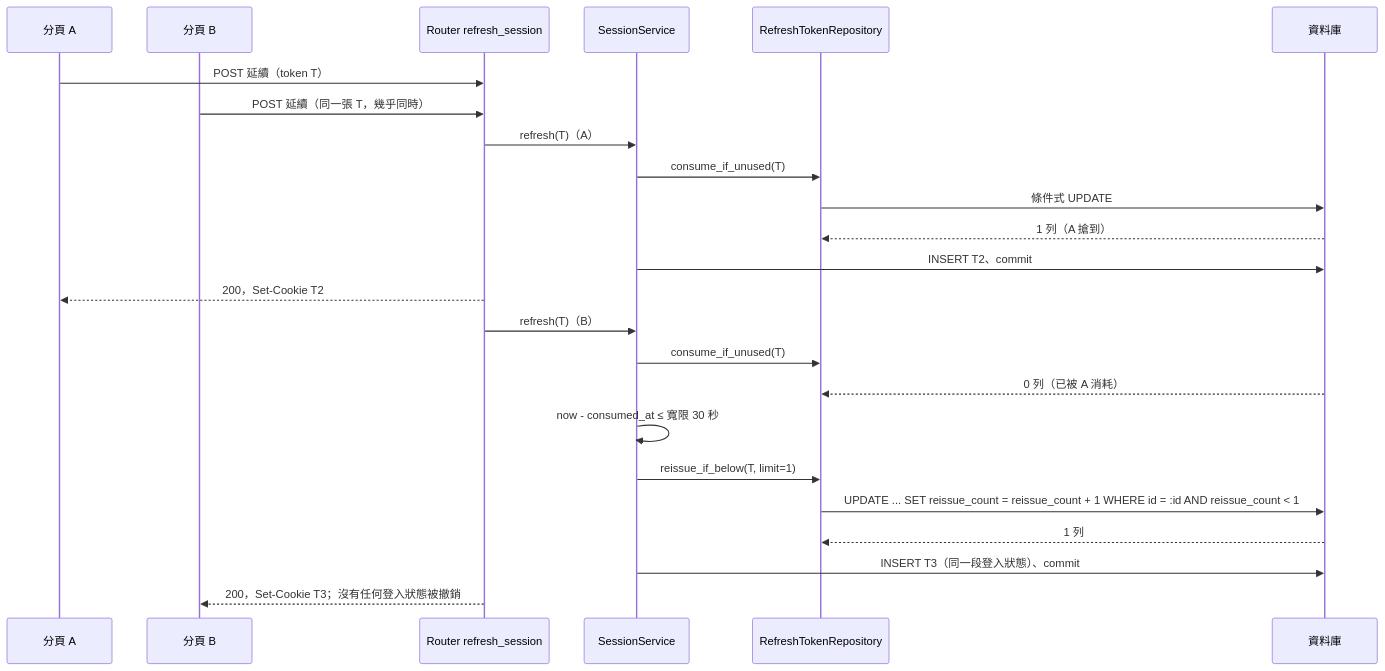
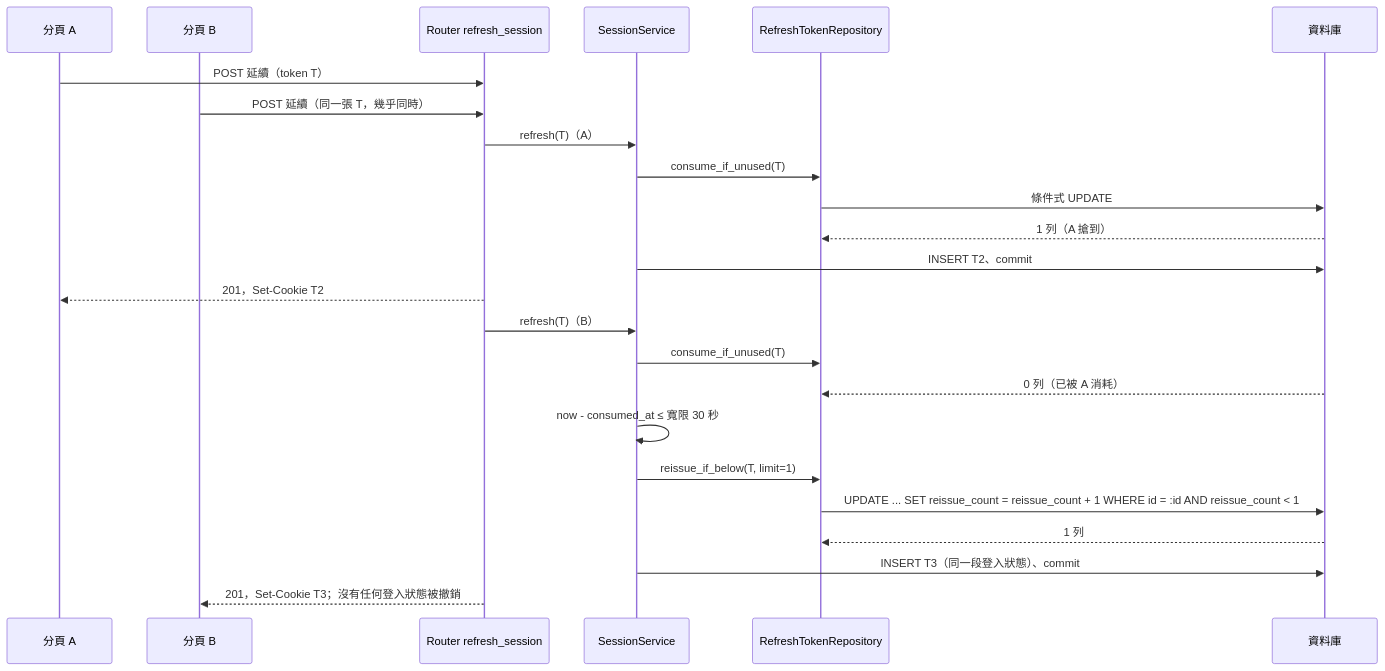
Diagram 24 of 32 in openspec/changes/login-auth-guard/system-design.md (label-suite/label-suite), drawn with Mermaid before and after one commit. The commit also changed other lines of this file and 9 other files, not shown here.

````diff
--- a/openspec/changes/login-auth-guard/system-design.md
+++ b/openspec/changes/login-auth-guard/system-design.md
@@ -874,26 +899,26 @@
 ```mermaid
 sequenceDiagram
   participant A as 分頁 A
   participant B as 分頁 B
   participant R as Router refresh_session
   participant S as SessionService
   participant Q as RefreshTokenRepository
   participant DB as 資料庫
   A->>R: POST 延續（token T）
   B->>R: POST 延續（同一張 T，幾乎同時）
   R->>S: refresh(T)（A）
   S->>Q: consume_if_unused(T)
   Q->>DB: 條件式 UPDATE
   DB-->>Q: 1 列（A 搶到）
   S->>DB: INSERT T2、commit
-  R-->>A: 200，Set-Cookie T2
+  R-->>A: 201，Set-Cookie T2
   R->>S: refresh(T)（B）
   S->>Q: consume_if_unused(T)
   DB-->>Q: 0 列（已被 A 消耗）
   S->>S: now - consumed_at ≤ 寬限 30 秒
   S->>Q: reissue_if_below(T, limit=1)
   Q->>DB: UPDATE ... SET reissue_count = reissue_count + 1 WHERE id = :id AND reissue_count < 1
   DB-->>Q: 1 列
   S->>DB: INSERT T3（同一段登入狀態）、commit
-  R-->>B: 200，Set-Cookie T3；沒有任何登入狀態被撤銷
+  R-->>B: 201，Set-Cookie T3；沒有任何登入狀態被撤銷
 ```
````
